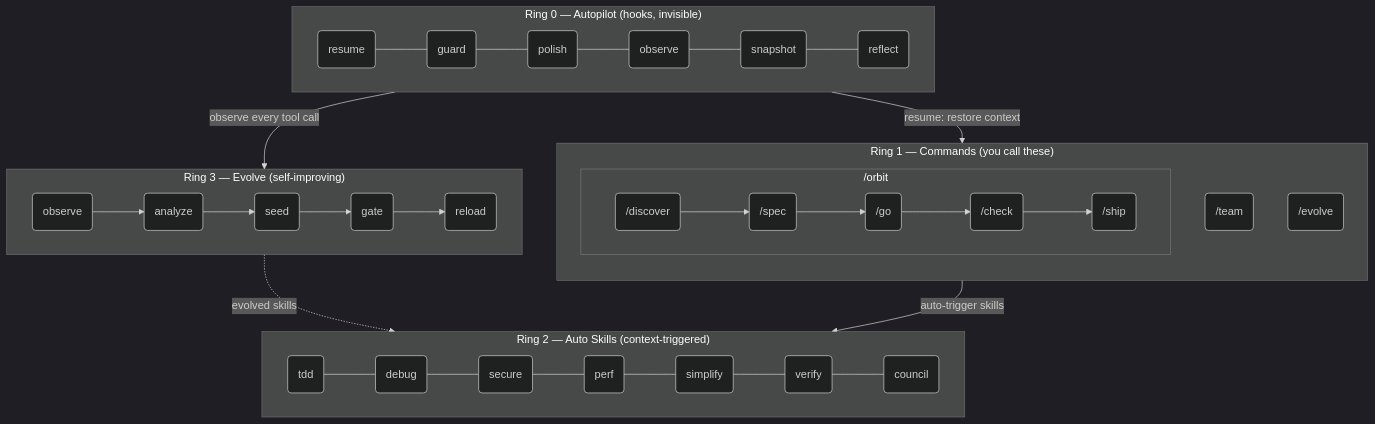
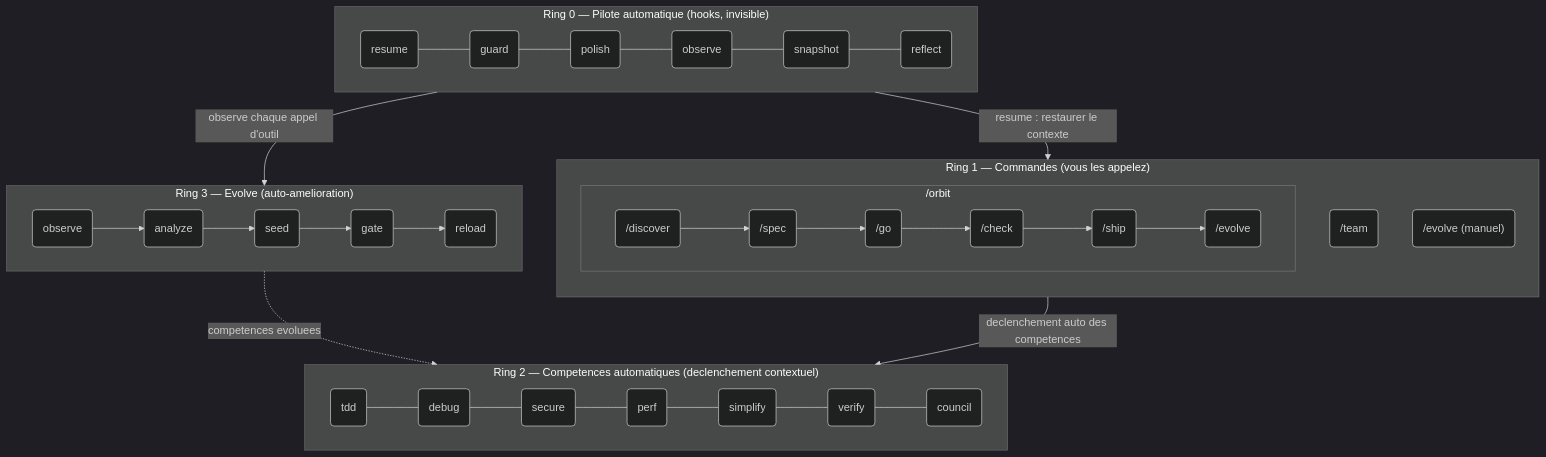
One commit to epicsagas/epic-harness changed the second of 2 diagrams in i18n/fr/README.md. Above: the diagram before and after it, drawn with Mermaid (dark theme). The commit also changed other lines of this file and 9 other files, not shown here.

````diff
--- a/i18n/fr/README.md
+++ b/i18n/fr/README.md
@@ -430,32 +401,32 @@
 ```mermaid
 flowchart TB
-    subgraph R0["Ring 0 — Autopilot (hooks, invisible)"]
+    subgraph R0["Ring 0 — Pilote automatique (hooks, invisible)"]
         direction LR
         h1(resume) --- h2(guard) --- h3(polish) --- h4(observe) --- h5(snapshot) --- h6(reflect)
     end
 
-    subgraph R1["Ring 1 — Commands (you call these)"]
+    subgraph R1["Ring 1 — Commandes (vous les appelez)"]
         direction TB
         subgraph orbit_wrap["  /orbit  "]
             direction LR
-            c1("/discover") --> c2("/spec") --> c3("/go") --> c4("/check") --> c5("/ship")
+            c1("/discover") --> c2("/spec") --> c3("/go") --> c4("/check") --> c5("/ship") --> c6("/evolve")
         end
-        c6("/team")
-        c7("/evolve")
+        c7("/team")
+        c8("/evolve (manuel)")
     end
 
-    subgraph R2["Ring 2 — Auto Skills (context-triggered)"]
+    subgraph R2["Ring 2 — Competences automatiques (declenchement contextuel)"]
         direction LR
         s1(tdd) --- s2(debug) --- s3(secure) --- s4(perf) --- s5(simplify) --- s6(verify) --- s7(council)
     end
 
-    subgraph R3["Ring 3 — Evolve (self-improving)"]
+    subgraph R3["Ring 3 — Evolve (auto-amelioration)"]
         direction LR
         e1(observe) --> e2(analyze) --> e3(seed) --> e4(gate) --> e5(reload)
     end
 
-    R0 -->|"observe every tool call"| R3
-    R3 -.->|"evolved skills"| R2
-    R1 -->|"auto-trigger skills"| R2
-    R0 -->|"resume: restore context"| R1
+    R0 -->|"observe chaque appel d'outil"| R3
+    R3 -.->|"competences evoluees"| R2
+    R1 -->|"declenchement auto des competences"| R2
+    R0 -->|"resume : restaurer le contexte"| R1
 ```
````
